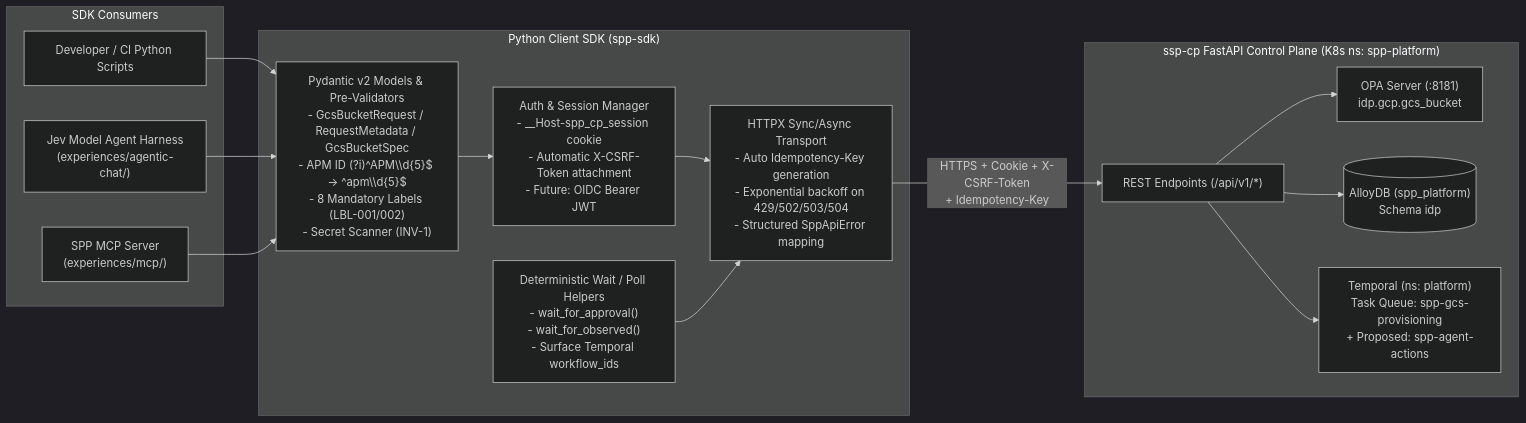
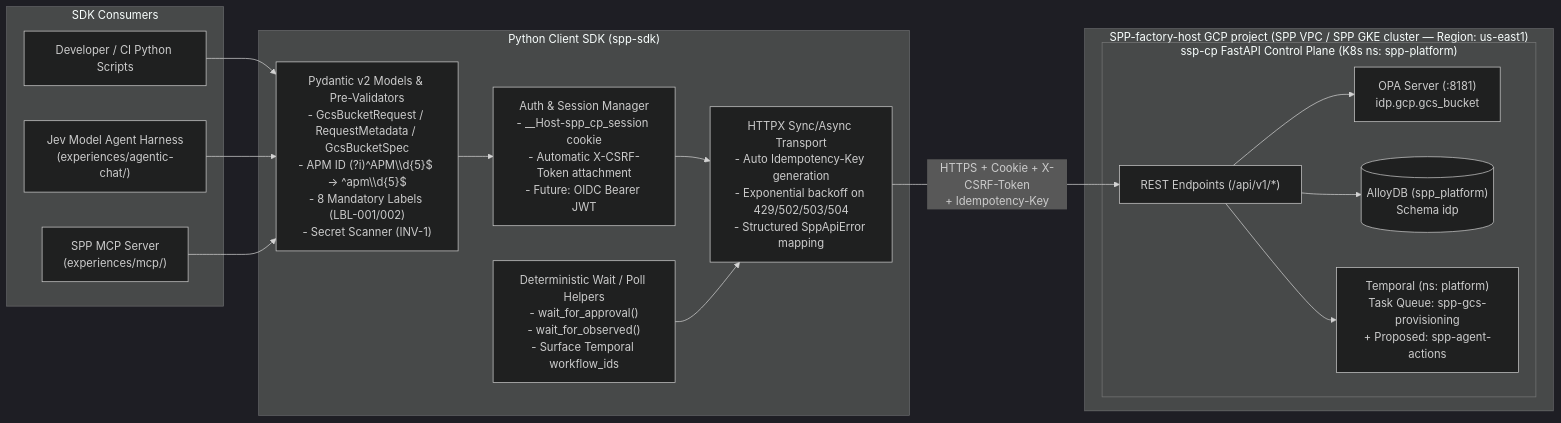
The diagram in experiences/sdk/README.md (vaishnavi4068/ssp-doc), drawn with Mermaid (dark theme) before and after one commit. The commit also changed other lines of this file and 27 other files, not shown here.

Commit message:
docs(diagrams,adr): replace company-specific host/cluster/VPC names in diagrams and prose with generic SPP labels

````diff
--- a/experiences/sdk/README.md
+++ b/experiences/sdk/README.md
@@ -121,32 +121,34 @@
 ```mermaid
 flowchart LR
     subgraph Consumers["SDK Consumers"]
         DevScript["Developer / CI Python Scripts"]
         ChatHarness["Jev Model Agent Harness\n(experiences/agentic-chat/)"]
         MCPServer["SPP MCP Server\n(experiences/mcp/)"]
     end
 
     subgraph SDK["Python Client SDK (spp-sdk)"]
         Models["Pydantic v2 Models & Pre-Validators\n- GcsBucketRequest / RequestMetadata / GcsBucketSpec\n- APM ID (?i)^APM\\d{5}$ -> ^apm\\d{5}$\n- 8 Mandatory Labels (LBL-001/002)\n- Secret Scanner (INV-1)"]
         AuthSession["Auth & Session Manager\n- __Host-spp_cp_session cookie\n- Automatic X-CSRF-Token attachment\n- Future: OIDC Bearer JWT"]
         Transport["HTTPX Sync/Async Transport\n- Auto Idempotency-Key generation\n- Exponential backoff on 429/502/503/504\n- Structured SppApiError mapping"]
         Waiters["Deterministic Wait / Poll Helpers\n- wait_for_approval()\n- wait_for_observed()\n- Surface Temporal workflow_ids"]
     end
 
-    subgraph CP["ssp-cp FastAPI Control Plane (K8s ns: spp-platform)"]
-        API["REST Endpoints (/api/v1/*)"]
-        OPA["OPA Server (:8181)\nidp.gcp.gcs_bucket"]
-        AlloyDB[("AlloyDB (spp_platform)\nSchema idp")]
-        Temporal["Temporal (ns: platform)\nTask Queue: spp-gcs-provisioning\n+ Proposed: spp-agent-actions"]
+    subgraph HostProject["SPP-factory-host GCP project (SPP VPC / SPP GKE cluster — Region: us-east1)"]
+        subgraph CP["ssp-cp FastAPI Control Plane (K8s ns: spp-platform)"]
+            API["REST Endpoints (/api/v1/*)"]
+            OPA["OPA Server (:8181)\nidp.gcp.gcs_bucket"]
+            AlloyDB[("AlloyDB (spp_platform)\nSchema idp")]
+            Temporal["Temporal (ns: platform)\nTask Queue: spp-gcs-provisioning\n+ Proposed: spp-agent-actions"]
+        end
     end
 
     DevScript --> Models
     ChatHarness --> Models
     MCPServer --> Models
     Models --> AuthSession --> Transport
     Waiters --> Transport
     Transport -->|"HTTPS + Cookie + X-CSRF-Token\n+ Idempotency-Key"| API
     API --> OPA
     API --> AlloyDB
     API --> Temporal
 ```
````
